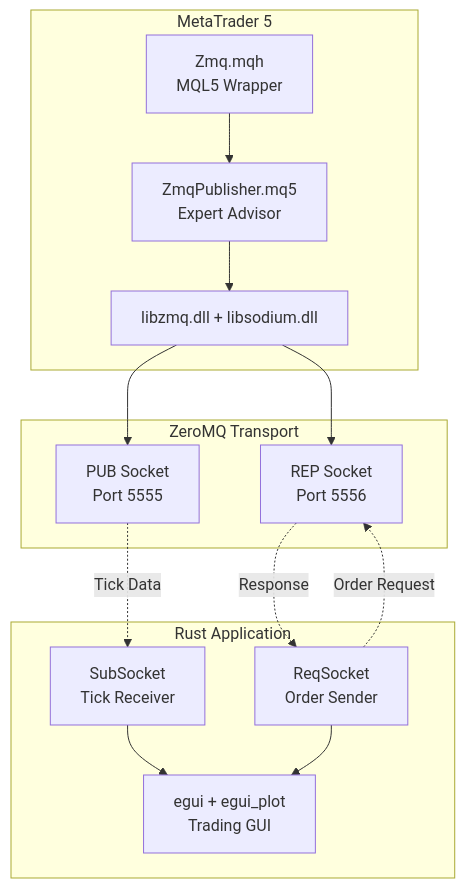
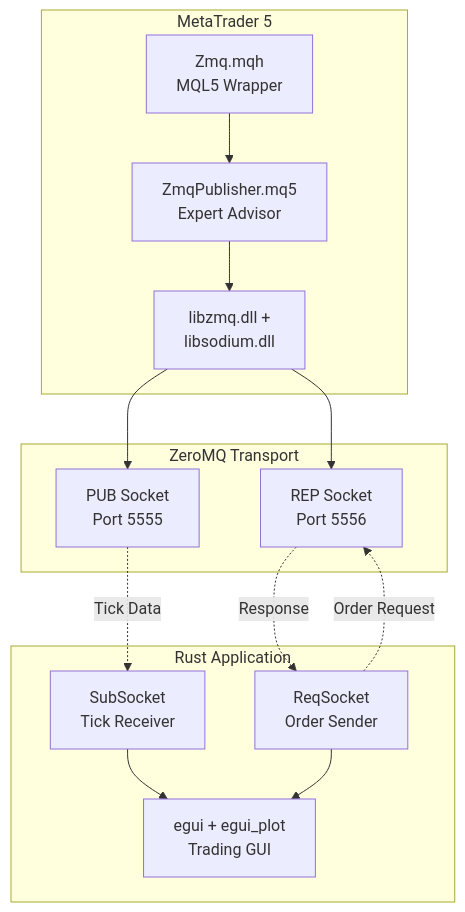
The first of 8 diagrams in MQL5-Rustmt5-chart-Documentation.md (algorembrant/SUM3API), drawn with Mermaid before and after one commit. The commit also changed 1 other file, not shown here.

Commit message:
feat: cleaning up files

````diff
--- a/MQL5-Rustmt5-chart-Documentation.md
+++ b/MQL5-Rustmt5-chart-Documentation.md
@@ -45,30 +45,30 @@
 ```mermaid
 flowchart TB
     subgraph MT5["MetaTrader 5"]
         EA[ZmqPublisher.mq5<br/>Expert Advisor]
-        ZMQ_LIB[libzmq.dll + libsodium.dll]
+        ZMQ_LIB[libzmq.dll + <br/>libsodium.dll]
         WRAPPER[Zmq.mqh<br/>MQL5 Wrapper]
     end
     
     subgraph Network["ZeroMQ Transport"]
         PUB_SOCKET[PUB Socket<br/>Port 5555]
         REP_SOCKET[REP Socket<br/>Port 5556]
     end
     
     subgraph RUST["Rust Application"]
         SUB[SubSocket<br/>Tick Receiver]
         REQ[ReqSocket<br/>Order Sender]
         GUI[egui + egui_plot<br/>Trading GUI]
     end
     
     EA --> ZMQ_LIB
     ZMQ_LIB --> PUB_SOCKET & REP_SOCKET
     WRAPPER --> EA
     
     PUB_SOCKET -.->|Tick Data| SUB
     REQ -.->|Order Request| REP_SOCKET
     REP_SOCKET -.->|Response| REQ
     
     SUB --> GUI
     REQ --> GUI
 ```
````
